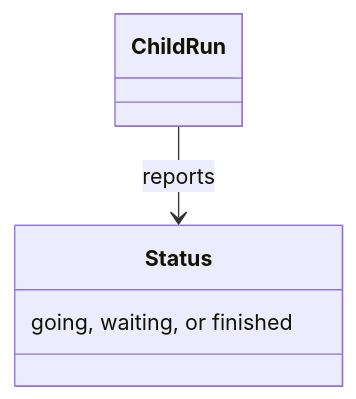
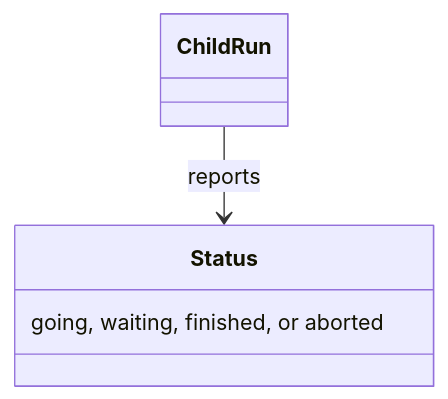
One commit to m2ux/workflow-server changed diagram 14 of 18 in docs/dispatch.md. Above: the diagram before and after it, drawn with Mermaid. The commit also changed other lines of this file and 13 other files, not shown here.

````diff
--- a/docs/dispatch.md
+++ b/docs/dispatch.md
@@ -241,8 +241,8 @@
 ```mermaid
 classDiagram
   class ChildRun
   class Status {
-    going, waiting, or finished
+    going, waiting, finished, or aborted
   }
   ChildRun --> Status : reports
 ```
````
